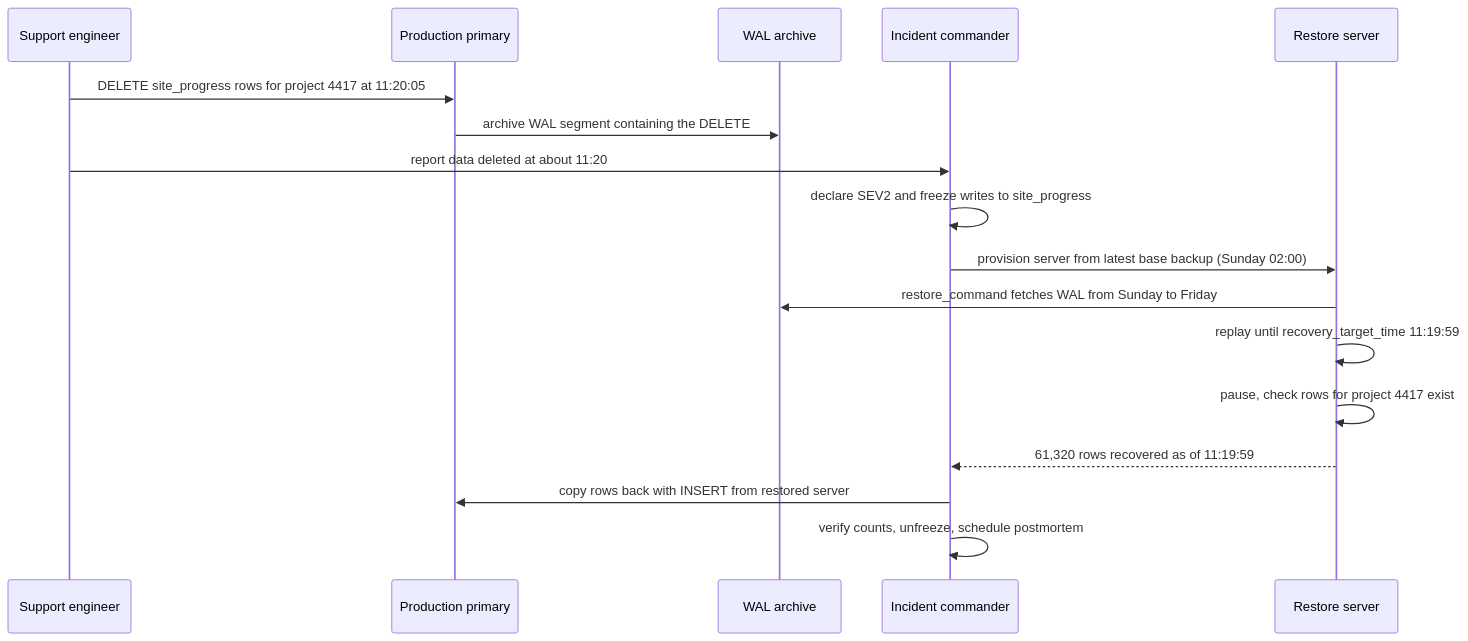
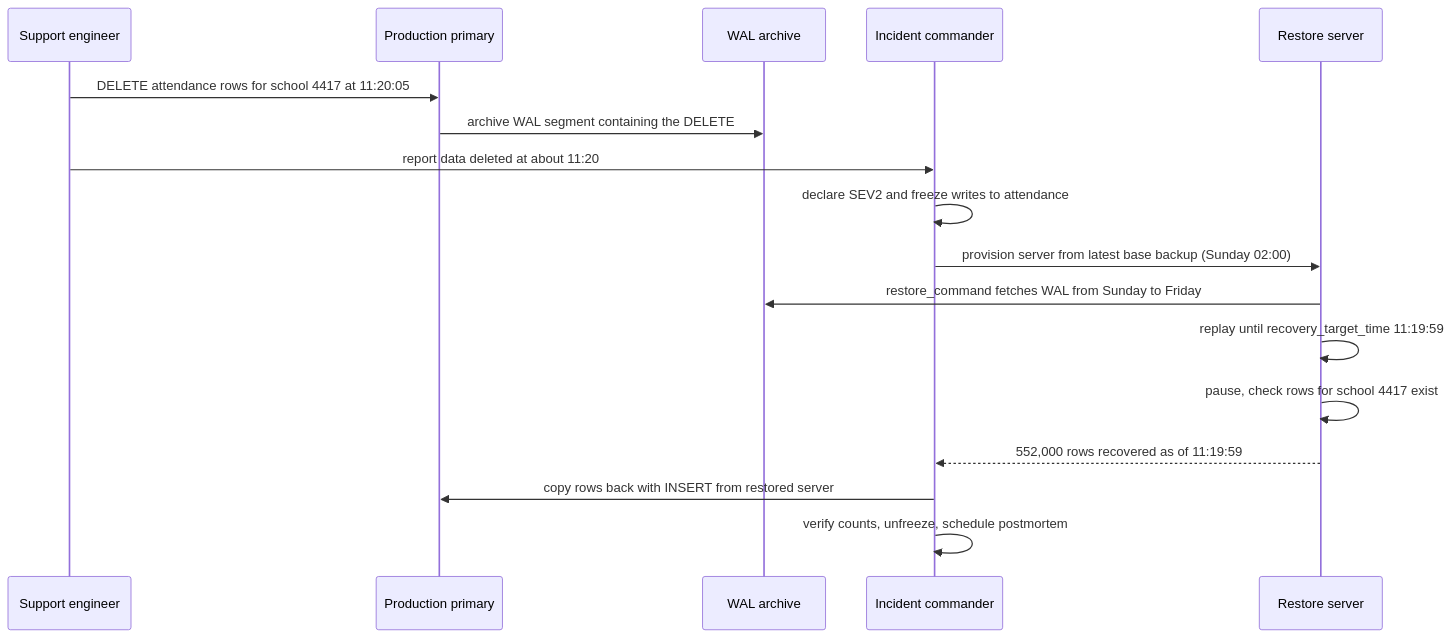
The second of 2 diagrams in content/lessons/m14/m14-dr.md (rizwi0786/system-design-lab), drawn with Mermaid before and after one commit. The commit also changed other lines of this file and 334 other files, not shown here.

````diff
--- a/content/lessons/m14/m14-dr.md
+++ b/content/lessons/m14/m14-dr.md
@@ -227,19 +229,19 @@
 ```mermaid
 sequenceDiagram
     participant Eng as Support engineer
     participant PG as Production primary
     participant Arch as WAL archive
     participant IC as Incident commander
     participant New as Restore server
-    Eng->>PG: DELETE site_progress rows for project 4417 at 11:20:05
+    Eng->>PG: DELETE attendance rows for school 4417 at 11:20:05
     PG->>Arch: archive WAL segment containing the DELETE
     Eng->>IC: report data deleted at about 11:20
-    IC->>IC: declare SEV2 and freeze writes to site_progress
+    IC->>IC: declare SEV2 and freeze writes to attendance
     IC->>New: provision server from latest base backup (Sunday 02:00)
     New->>Arch: restore_command fetches WAL from Sunday to Friday
     New->>New: replay until recovery_target_time 11:19:59
-    New->>New: pause, check rows for project 4417 exist
-    New-->>IC: 61,320 rows recovered as of 11:19:59
+    New->>New: pause, check rows for school 4417 exist
+    New-->>IC: 552,000 rows recovered as of 11:19:59
     IC->>PG: copy rows back with INSERT from restored server
     IC->>IC: verify counts, unfreeze, schedule postmortem
 ```
````
